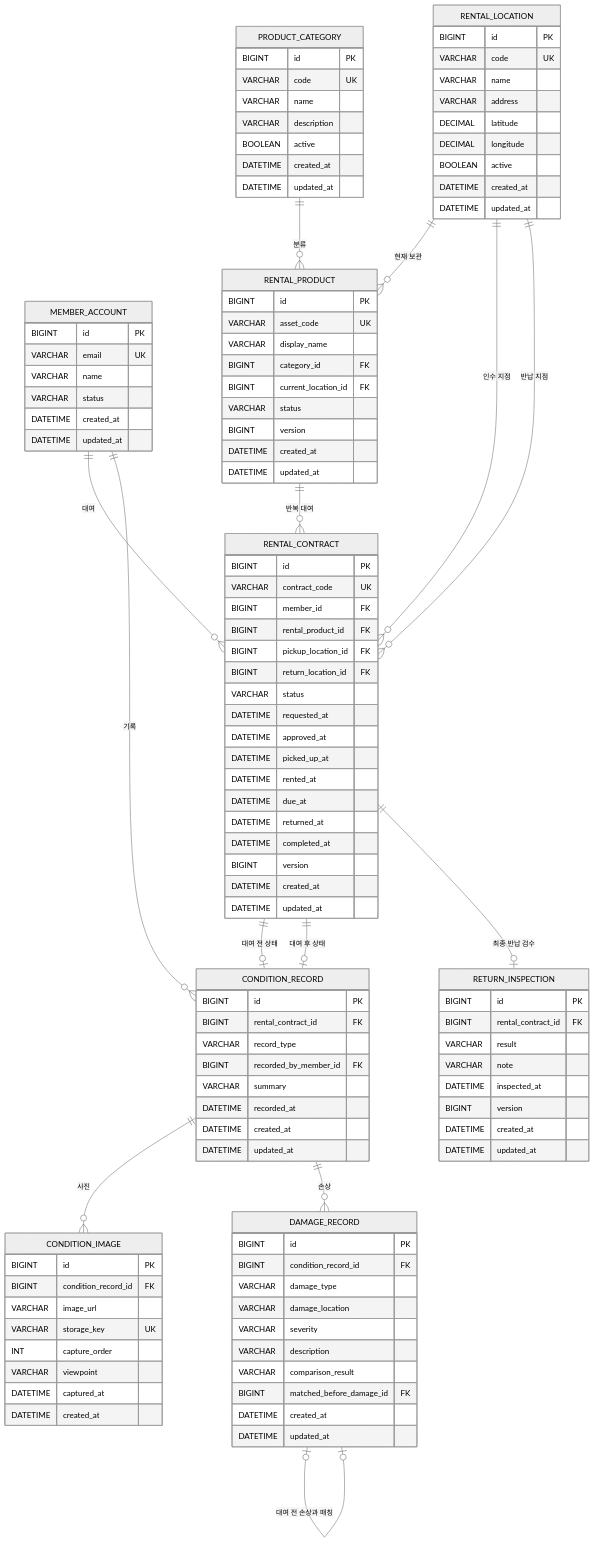
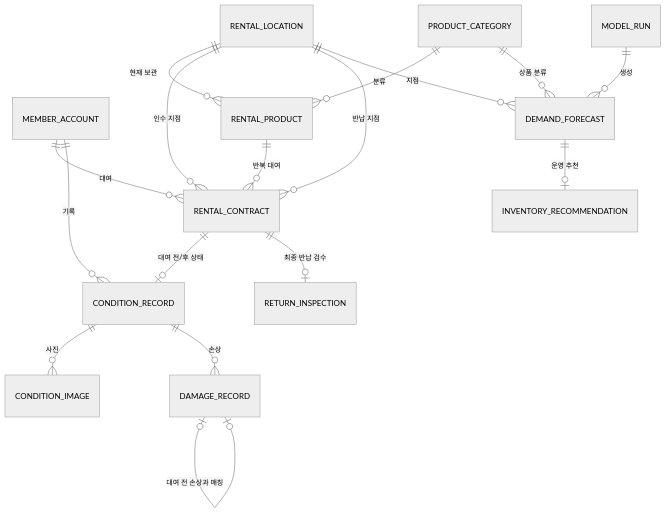
Before and after one commit to WJLee0417/RentalTrack: the diagram in docs/ERD.md, drawn with Mermaid (neutral theme). The commit also changed other lines of this file and 3 other files, not shown here.

````diff
--- a/docs/ERD.md
+++ b/docs/ERD.md
@@ -15,121 +15,15 @@
     RENTAL_LOCATION ||--o{ RENTAL_CONTRACT : "인수 지점"
     RENTAL_LOCATION ||--o{ RENTAL_CONTRACT : "반납 지점"
 
-    RENTAL_CONTRACT ||--o| CONDITION_RECORD : "대여 전 상태"
-    RENTAL_CONTRACT ||--o| CONDITION_RECORD : "대여 후 상태"
+    RENTAL_CONTRACT ||--o| CONDITION_RECORD : "대여 전/후 상태"
     MEMBER_ACCOUNT ||--o{ CONDITION_RECORD : "기록"
     CONDITION_RECORD ||--o{ CONDITION_IMAGE : "사진"
     CONDITION_RECORD ||--o{ DAMAGE_RECORD : "손상"
     DAMAGE_RECORD o|--o| DAMAGE_RECORD : "대여 전 손상과 매칭"
-
     RENTAL_CONTRACT ||--o| RETURN_INSPECTION : "최종 반납 검수"
 
-    MEMBER_ACCOUNT {
-        BIGINT id PK
-        VARCHAR email UK
-        VARCHAR name
-        VARCHAR status
-        DATETIME created_at
-        DATETIME updated_at
-    }
-
-    RENTAL_LOCATION {
-        BIGINT id PK
-        VARCHAR code UK
-        VARCHAR name
-        VARCHAR address
-        DECIMAL latitude
-        DECIMAL longitude
-        BOOLEAN active
-        DATETIME created_at
-        DATETIME updated_at
-    }
-
-    PRODUCT_CATEGORY {
-        BIGINT id PK
-        VARCHAR code UK
-        VARCHAR name
-        VARCHAR description
-        BOOLEAN active
-        DATETIME created_at
-        DATETIME updated_at
-    }
-
-    RENTAL_PRODUCT {
-        BIGINT id PK
-        VARCHAR asset_code UK
-        VARCHAR display_name
-        BIGINT category_id FK
-        BIGINT current_location_id FK
-        VARCHAR status
-        BIGINT version
-        DATETIME created_at
-        DATETIME updated_at
-    }
-
-    RENTAL_CONTRACT {
-        BIGINT id PK
-        VARCHAR contract_code UK
-        BIGINT member_id FK
-        BIGINT rental_product_id FK
-        BIGINT pickup_location_id FK
-        BIGINT return_location_id FK
-        VARCHAR status
-        DATETIME requested_at
-        DATETIME approved_at
-        DATETIME picked_up_at
-        DATETIME rented_at
-        DATETIME due_at
-        DATETIME returned_at
-        DATETIME completed_at
-        BIGINT version
-        DATETIME created_at
-        DATETIME updated_at
-    }
-
-    CONDITION_RECORD {
-        BIGINT id PK
-        BIGINT rental_contract_id FK
-        VARCHAR record_type
-        BIGINT recorded_by_member_id FK
-        VARCHAR summary
-        DATETIME recorded_at
-        DATETIME created_at
-        DATETIME updated_at
-    }
-
-    CONDITION_IMAGE {
-        BIGINT id PK
-        BIGINT condition_record_id FK
-        VARCHAR image_url
-        VARCHAR storage_key UK
-        INT capture_order
-        VARCHAR viewpoint
-        DATETIME captured_at
-        DATETIME created_at
-    }
-
-    DAMAGE_RECORD {
-        BIGINT id PK
-        BIGINT condition_record_id FK
-        VARCHAR damage_type
-        VARCHAR damage_location
-        VARCHAR severity
-        VARCHAR description
-        VARCHAR comparison_result
-        BIGINT matched_before_damage_id FK
-        DATETIME created_at
-        DATETIME updated_at
-    }
-
-    RETURN_INSPECTION {
-        BIGINT id PK
-        BIGINT rental_contract_id FK
-        VARCHAR result
-        VARCHAR note
-        DATETIME inspected_at
-        BIGINT version
-        DATETIME created_at
-        DATETIME updated_at
-    }
+    MODEL_RUN ||--o{ DEMAND_FORECAST : "생성"
+    RENTAL_LOCATION ||--o{ DEMAND_FORECAST : "지점"
+    PRODUCT_CATEGORY ||--o{ DEMAND_FORECAST : "상품 분류"
+    DEMAND_FORECAST ||--o| INVENTORY_RECOMMENDATION : "운영 추천"
 ```
````
